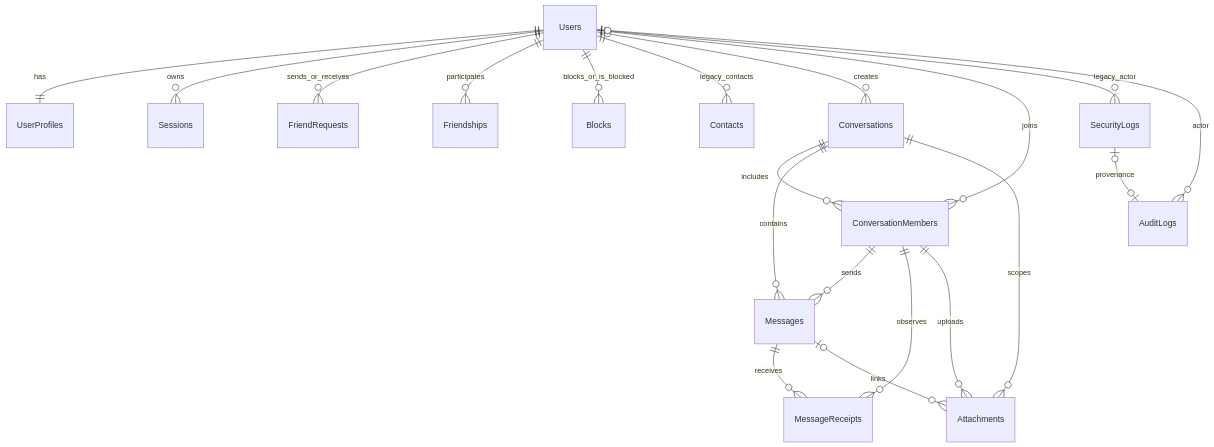
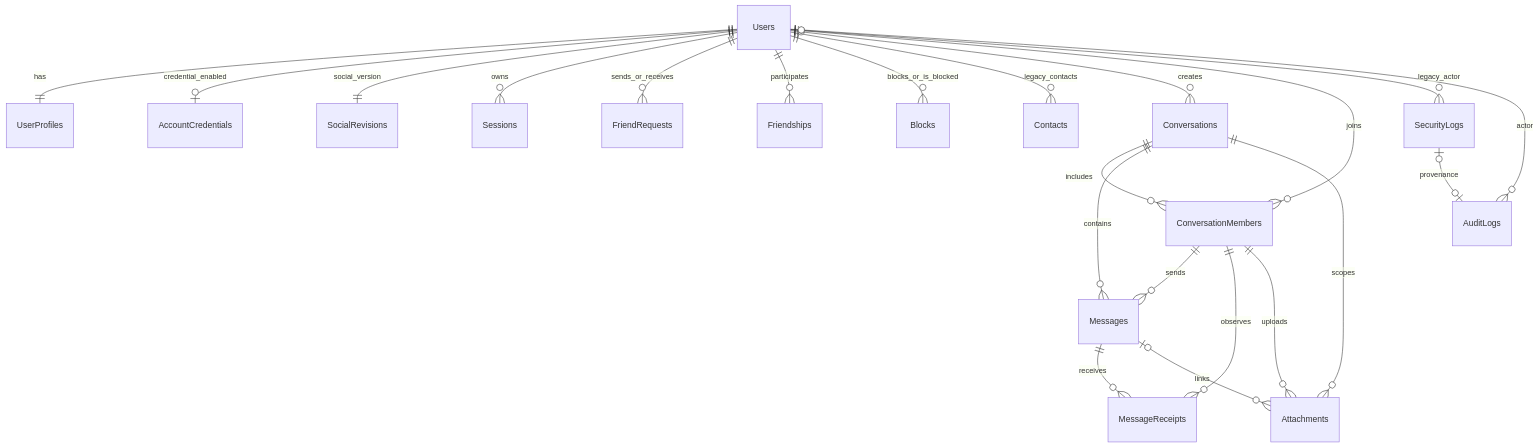
The diagram in DATA/docs/schema.md (neuanhnoiconyeu/SecuBuzz-), drawn with Mermaid before and after one commit. The commit also changed other lines of this file and 258 other files, not shown here.

````diff
--- a/DATA/docs/schema.md
+++ b/DATA/docs/schema.md
@@ -27,22 +56,24 @@
 ```mermaid
 erDiagram
     Users ||--|| UserProfiles : has
+    Users ||--o| AccountCredentials : credential_enabled
+    Users ||--|| SocialRevisions : social_version
     Users ||--o{ Sessions : owns
     Users ||--o{ FriendRequests : sends_or_receives
     Users ||--o{ Friendships : participates
     Users ||--o{ Blocks : blocks_or_is_blocked
     Users ||--o{ Contacts : legacy_contacts
     Users o|--o{ Conversations : creates
     Users ||--o{ ConversationMembers : joins
     Conversations ||--o{ ConversationMembers : includes
     Conversations ||--o{ Messages : contains
     ConversationMembers ||--o{ Messages : sends
     Messages ||--o{ MessageReceipts : receives
     ConversationMembers ||--o{ MessageReceipts : observes
     Conversations ||--o{ Attachments : scopes
     Messages o|--o{ Attachments : links
     ConversationMembers ||--o{ Attachments : uploads
     Users o|--o{ SecurityLogs : legacy_actor
     Users o|--o{ AuditLogs : actor
     SecurityLogs o|--o| AuditLogs : provenance
 ```
````
